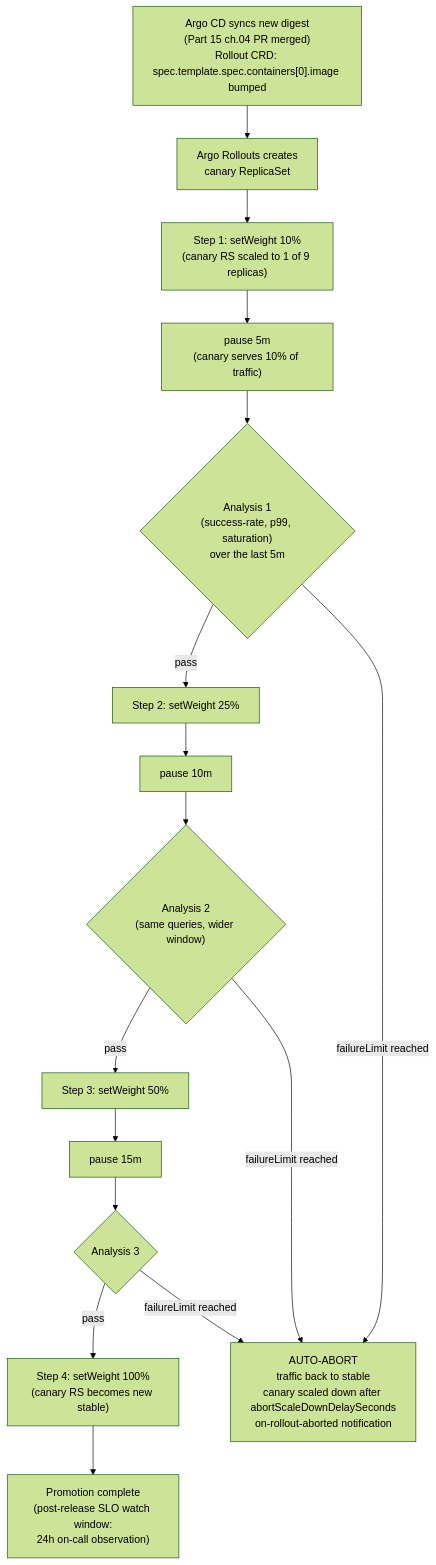
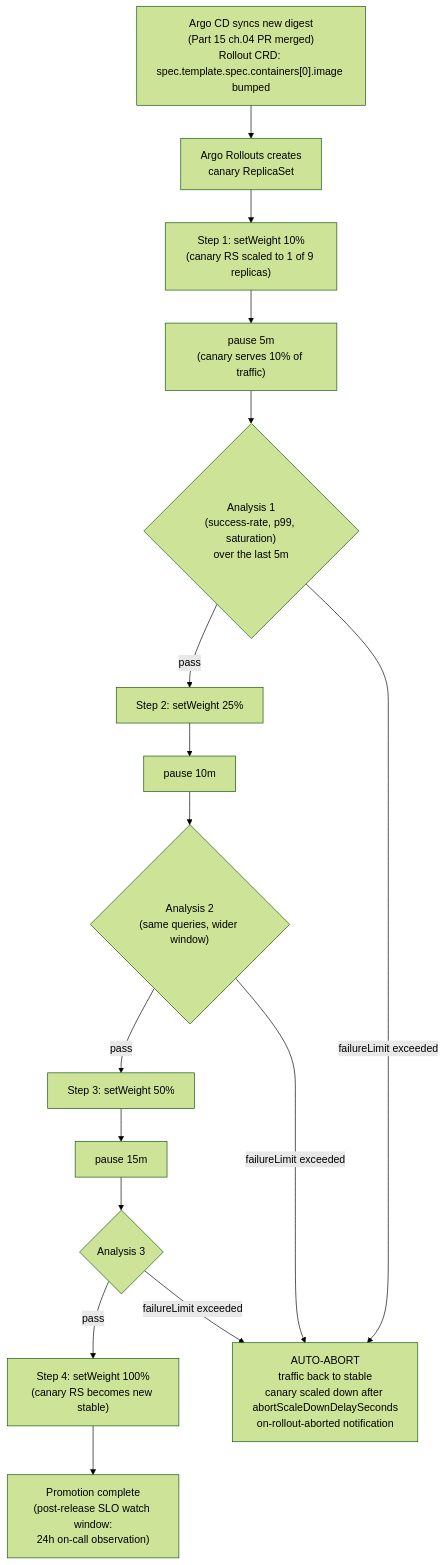
The diagram in full-guide/15-day-to-day-production-ops/06-progressive-delivery-in-production.md (abd-ulbasit/bookstore-kubernetes-guide), drawn with Mermaid (forest theme) before and after one commit. The commit also changed other lines of this file and 12 other files, not shown here.

````diff
--- a/full-guide/15-day-to-day-production-ops/06-progressive-delivery-in-production.md
+++ b/full-guide/15-day-to-day-production-ops/06-progressive-delivery-in-production.md
@@ -136,25 +137,25 @@
 ```mermaid
 flowchart TD
     deploy["Argo CD syncs new digest<br/>(Part 15 ch.04 PR merged)<br/>Rollout CRD: spec.template.spec.containers[0].image bumped"]
     canary_rs["Argo Rollouts creates<br/>canary ReplicaSet"]
     w10["Step 1: setWeight 10%<br/>(canary RS scaled to 1 of 9 replicas)"]
     p1["pause 5m<br/>(canary serves 10% of traffic)"]
     an1{"Analysis 1<br/>(success-rate, p99, saturation)<br/>over the last 5m"}
     w25["Step 2: setWeight 25%"]
     p2["pause 10m"]
     an2{"Analysis 2<br/>(same queries, wider window)"}
     w50["Step 3: setWeight 50%"]
     p3["pause 15m"]
     an3{"Analysis 3"}
     w100["Step 4: setWeight 100%<br/>(canary RS becomes new stable)"]
     abort["AUTO-ABORT<br/>traffic back to stable<br/>canary scaled down after abortScaleDownDelaySeconds<br/>on-rollout-aborted notification"]
     promote["Promotion complete<br/>(post-release SLO watch window:<br/>24h on-call observation)"]
 
     deploy --> canary_rs --> w10 --> p1 --> an1
     an1 -- pass --> w25 --> p2 --> an2
-    an1 -- "failureLimit reached" --> abort
+    an1 -- "failureLimit exceeded" --> abort
     an2 -- pass --> w50 --> p3 --> an3
-    an2 -- "failureLimit reached" --> abort
+    an2 -- "failureLimit exceeded" --> abort
     an3 -- pass --> w100 --> promote
-    an3 -- "failureLimit reached" --> abort
+    an3 -- "failureLimit exceeded" --> abort
 ```
````
